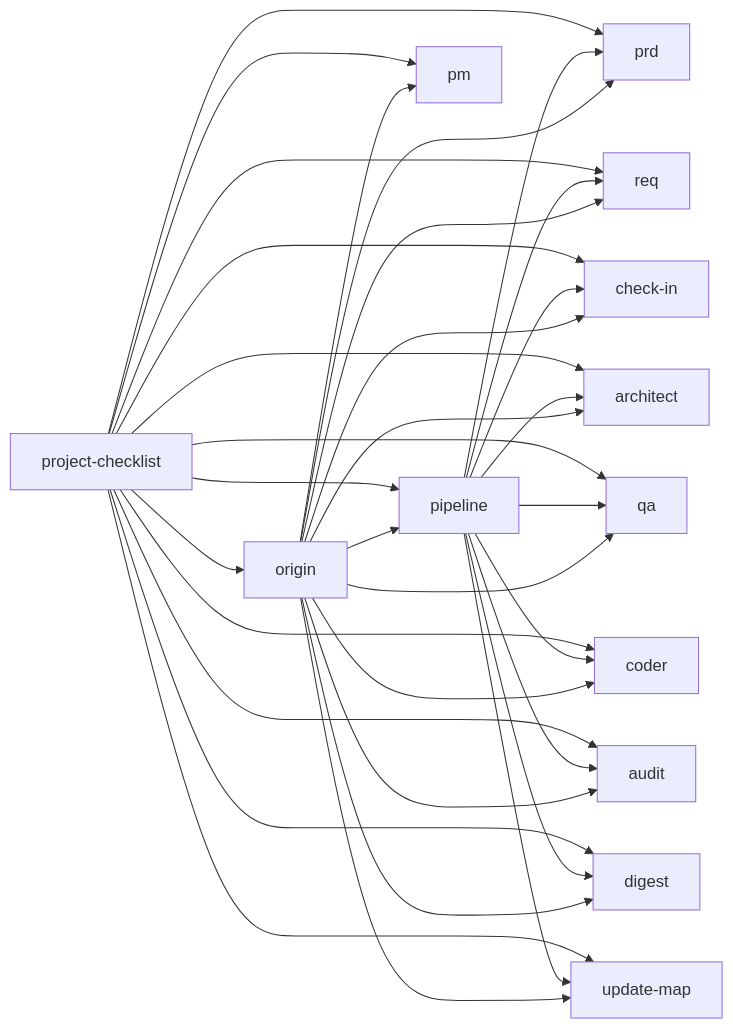
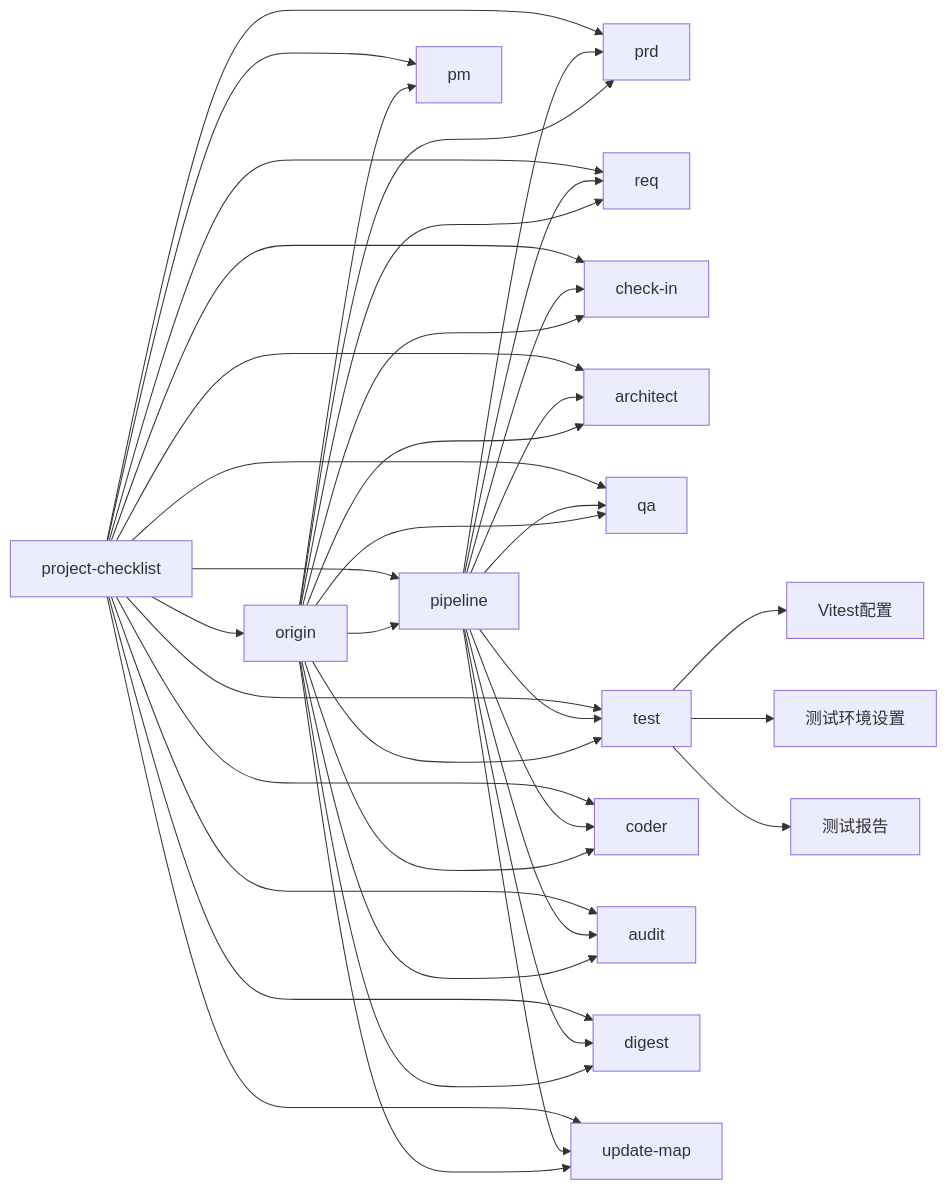
Before and after one commit to CryptoLinxu/Web3-AI-Agent: the sixth of 6 diagrams in .qoder/repowiki/zh/content/项目概述/项目概述.md, drawn with Mermaid. The commit also changed other lines of this file and 17 other files, not shown here.

````diff
--- a/.qoder/repowiki/zh/content/项目概述/项目概述.md
+++ b/.qoder/repowiki/zh/content/项目概述/项目概述.md
@@ -378,35 +481,41 @@
 ```mermaid
 graph LR
 ORG["origin"] --> PIPE["pipeline"]
 ORG --> PM["pm"]
 ORG --> PRD["prd"]
 ORG --> REQ["req"]
 ORG --> CHECKIN["check-in"]
 ORG --> ARCH["architect"]
 ORG --> QA["qa"]
+ORG --> TEST["test"]
 ORG --> CODER["coder"]
 ORG --> AUDIT["audit"]
 ORG --> DIGEST["digest"]
 ORG --> UPDATE["update-map"]
 PIPE --> PRD
 PIPE --> REQ
 PIPE --> CHECKIN
 PIPE --> ARCH
 PIPE --> QA
+PIPE --> TEST
 PIPE --> CODER
 PIPE --> AUDIT
 PIPE --> DIGEST
 PIPE --> UPDATE
 CHECKLIST["project-checklist"] --> ORG
 CHECKLIST --> PIPE
 CHECKLIST --> PM
 CHECKLIST --> PRD
 CHECKLIST --> REQ
 CHECKLIST --> CHECKIN
 CHECKLIST --> ARCH
 CHECKLIST --> QA
+CHECKLIST --> TEST
 CHECKLIST --> CODER
 CHECKLIST --> AUDIT
 CHECKLIST --> DIGEST
 CHECKLIST --> UPDATE
+TEST --> VITEST["Vitest配置"]
+TEST --> SETUP["测试环境设置"]
+TEST --> REPORT["测试报告"]
 ```
````
